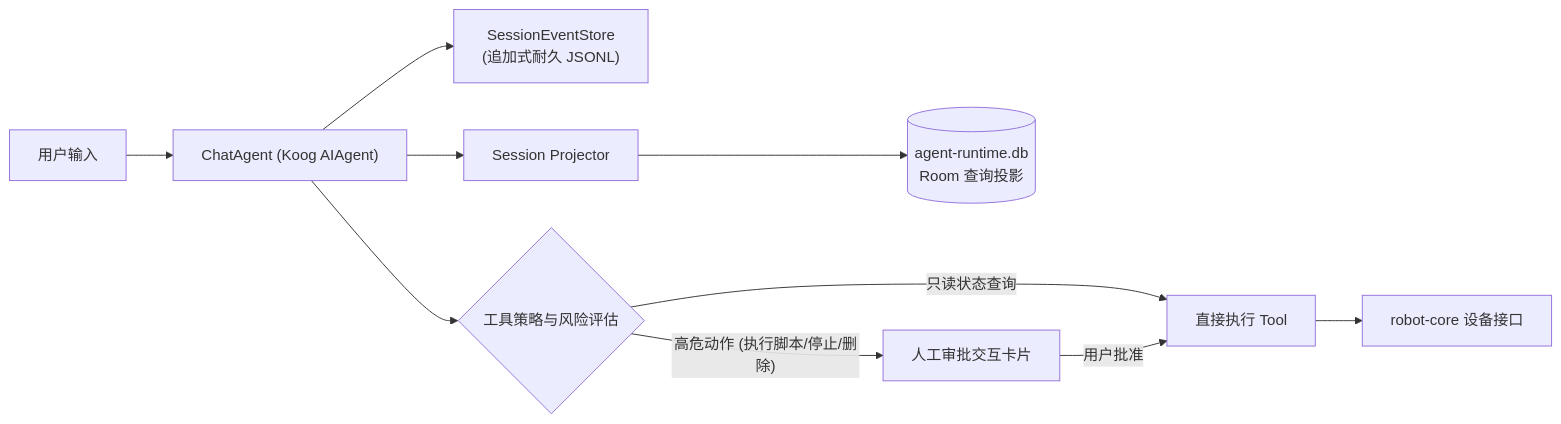
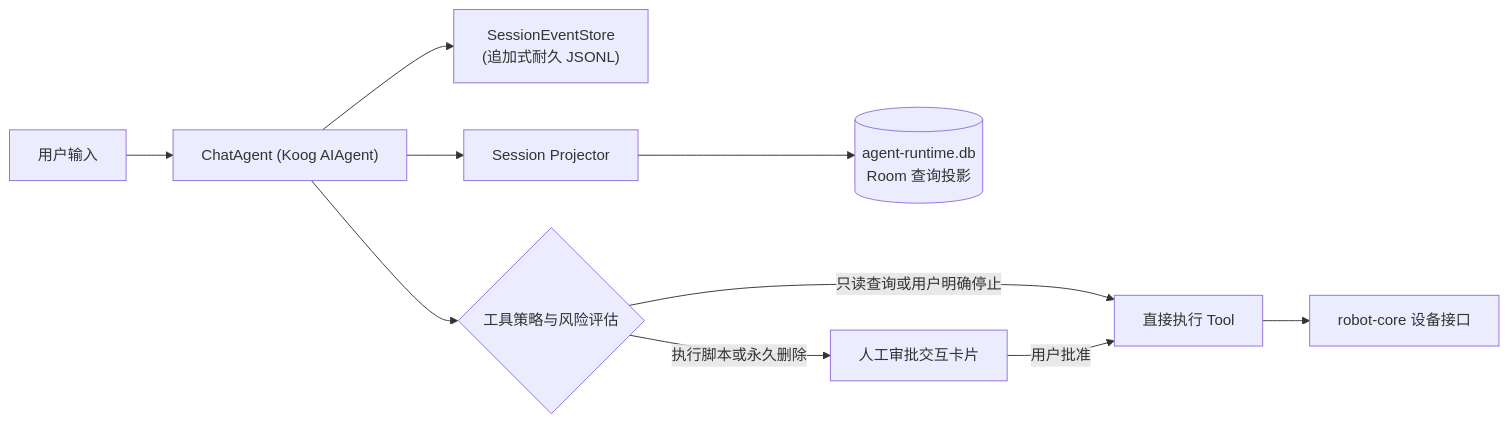
Before and after one commit to elonzh/hanppie: the seventh of 9 diagrams in docs/architecture.md, drawn with Mermaid. The commit also changed other lines of this file and 13 other files, not shown here.

````diff
--- a/docs/architecture.md
+++ b/docs/architecture.md
@@ -365,12 +318,12 @@
 ```mermaid
 flowchart LR
     USER["用户输入"] --> AGENT["ChatAgent (Koog AIAgent)"]
     AGENT --> RUNTIME["SessionEventStore<br/>(追加式耐久 JSONL)"]
     AGENT --> PROJECTOR["Session Projector"]
     PROJECTOR --> DB[(agent-runtime.db<br/>Room 查询投影)]
     AGENT --> POLICY{"工具策略与风险评估"}
-    POLICY -- " 高危动作 (执行脚本/停止/删除) " --> APPROVAL["人工审批交互卡片"]
-    POLICY -- " 只读状态查询 " --> EXEC["直接执行 Tool"]
+    POLICY -- " 执行脚本或永久删除 " --> APPROVAL["人工审批交互卡片"]
+    POLICY -- " 只读查询或用户明确停止 " --> EXEC["直接执行 Tool"]
     APPROVAL -- " 用户批准 " --> EXEC
     EXEC --> ROBOT["robot-core 设备接口"]
 ```
````
